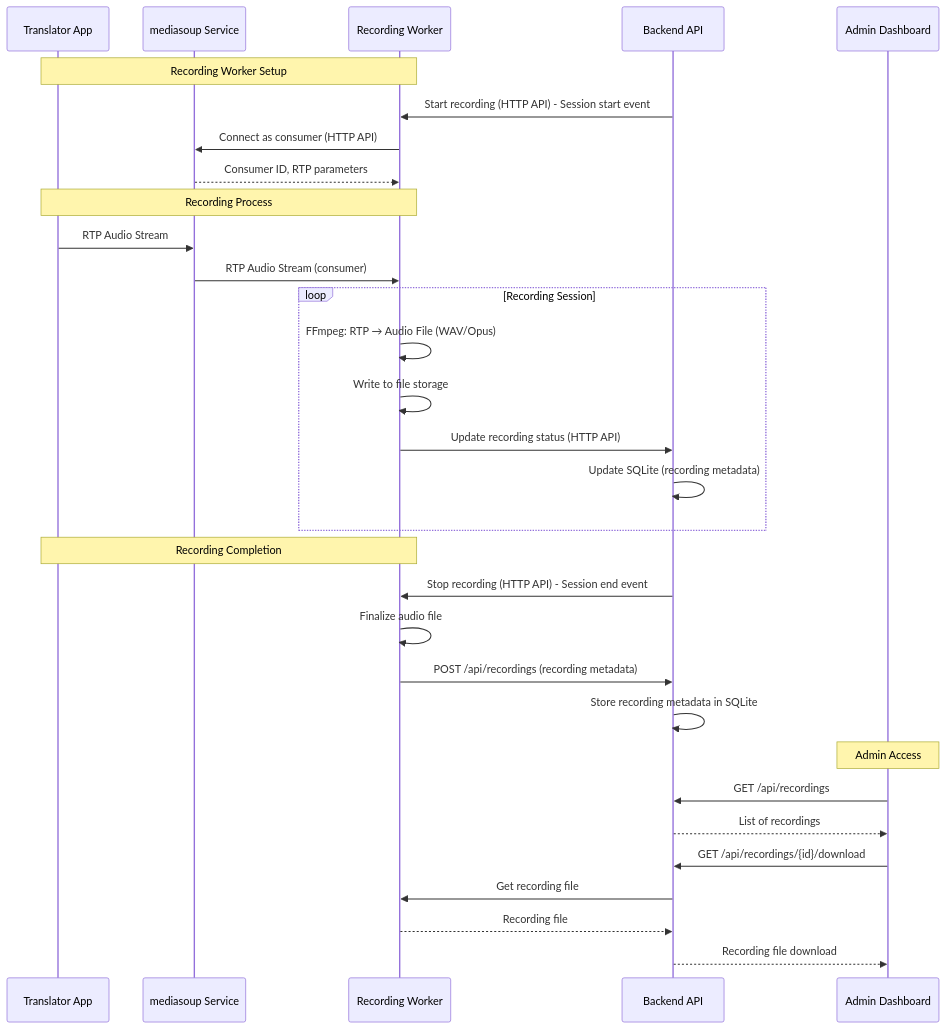
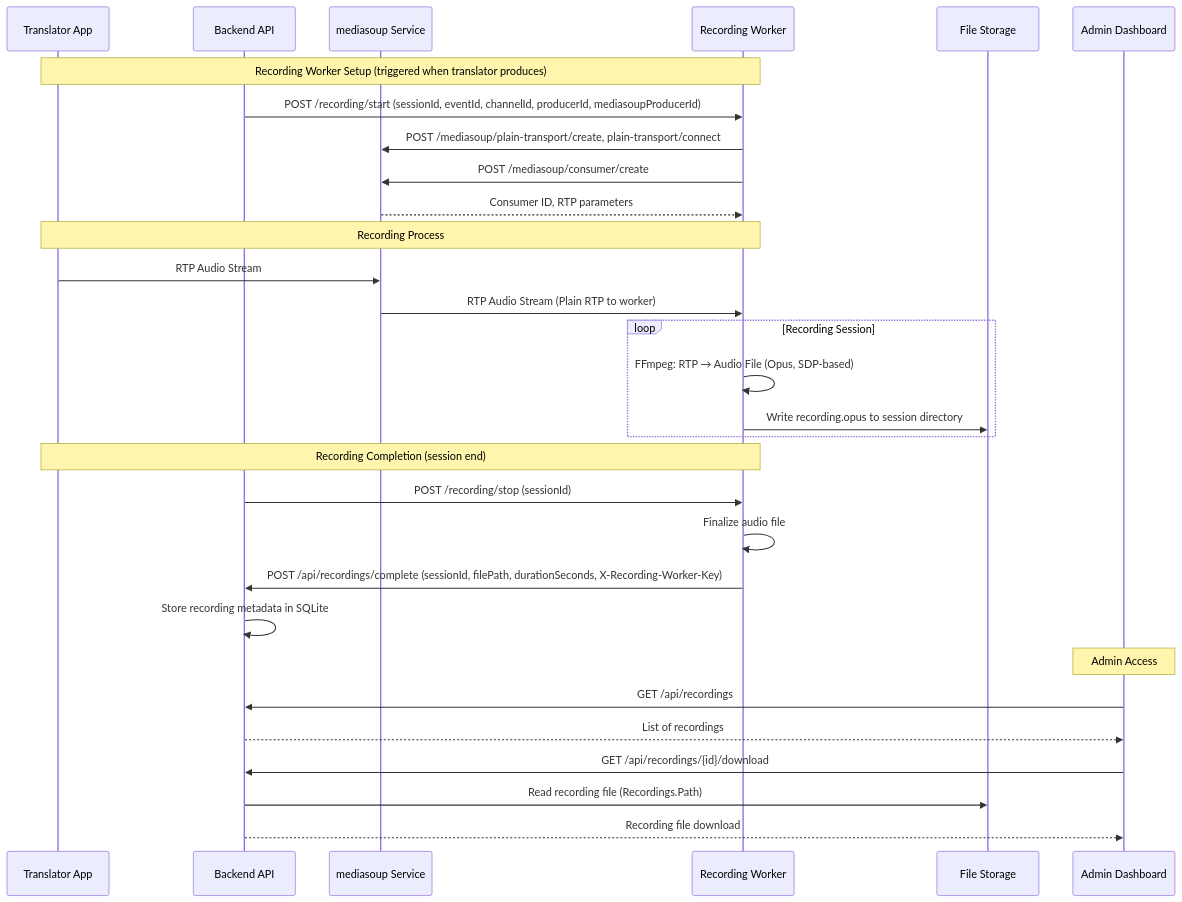
Before and after one commit to petroscs/audio-translation-system: the fourth of 7 diagrams in ARCHITECTURE.md, drawn with Mermaid. The commit also changed other lines of this file, not shown here.

First line of the commit message:
Update architecture documentation to reflect changes in service interactions and transport methods

````diff
--- a/ARCHITECTURE.md
+++ b/ARCHITECTURE.md
@@ -216,38 +215,37 @@
 ```mermaid
 sequenceDiagram
     participant TA as Translator App
+    participant BE as Backend API
     participant MS as mediasoup Service
     participant RW as Recording Worker
-    participant BE as Backend API
+    participant FS as File Storage
     participant AD as Admin Dashboard
     
-    Note over TA,RW: Recording Worker Setup
-    BE->>RW: Start recording (HTTP API) - Session start event
-    RW->>MS: Connect as consumer (HTTP API)
+    Note over TA,RW: Recording Worker Setup (triggered when translator produces)
+    BE->>RW: POST /recording/start (sessionId, eventId, channelId, producerId, mediasoupProducerId)
+    RW->>MS: POST /mediasoup/plain-transport/create, plain-transport/connect
+    RW->>MS: POST /mediasoup/consumer/create
     MS-->>RW: Consumer ID, RTP parameters
     
     Note over TA,RW: Recording Process
     TA->>MS: RTP Audio Stream
-    MS->>RW: RTP Audio Stream (consumer)
+    MS->>RW: RTP Audio Stream (Plain RTP to worker)
     
     loop Recording Session
-        RW->>RW: FFmpeg: RTP → Audio File (WAV/Opus)
-        RW->>RW: Write to file storage
-        RW->>BE: Update recording status (HTTP API)
-        BE->>BE: Update SQLite (recording metadata)
+        RW->>RW: FFmpeg: RTP → Audio File (Opus, SDP-based)
+        RW->>FS: Write recording.opus to session directory
     end
     
-    Note over TA,RW: Recording Completion
-    BE->>RW: Stop recording (HTTP API) - Session end event
+    Note over TA,RW: Recording Completion (session end)
+    BE->>RW: POST /recording/stop (sessionId)
     RW->>RW: Finalize audio file
-    RW->>BE: POST /api/recordings (recording metadata)
+    RW->>BE: POST /api/recordings/complete (sessionId, filePath, durationSeconds, X-Recording-Worker-Key)
     BE->>BE: Store recording metadata in SQLite
     
     Note over AD: Admin Access
     AD->>BE: GET /api/recordings
     BE-->>AD: List of recordings
     AD->>BE: GET /api/recordings/{id}/download
-    BE->>RW: Get recording file
-    RW-->>BE: Recording file
+    BE->>FS: Read recording file (Recordings.Path)
     BE-->>AD: Recording file download
 ```
````
